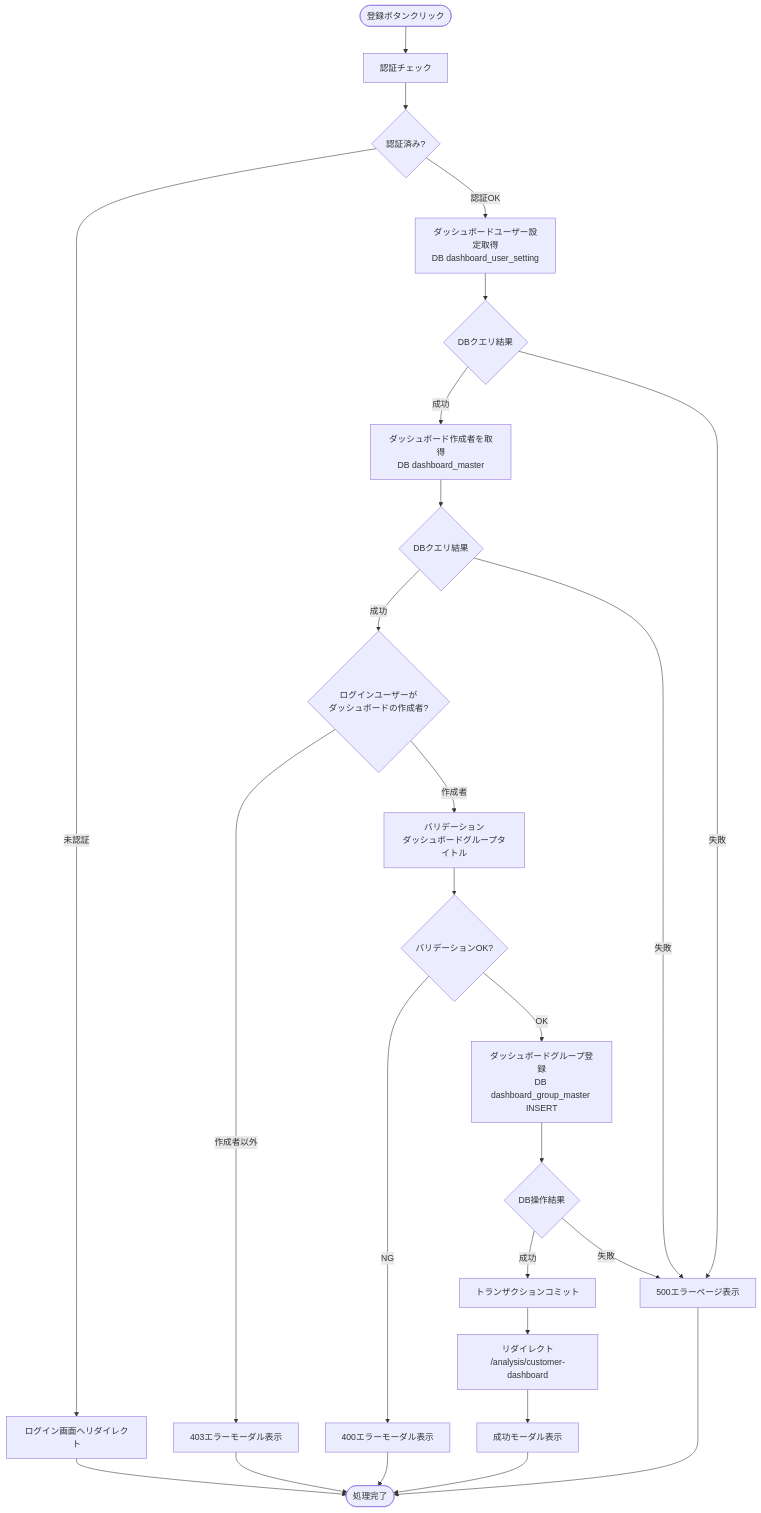
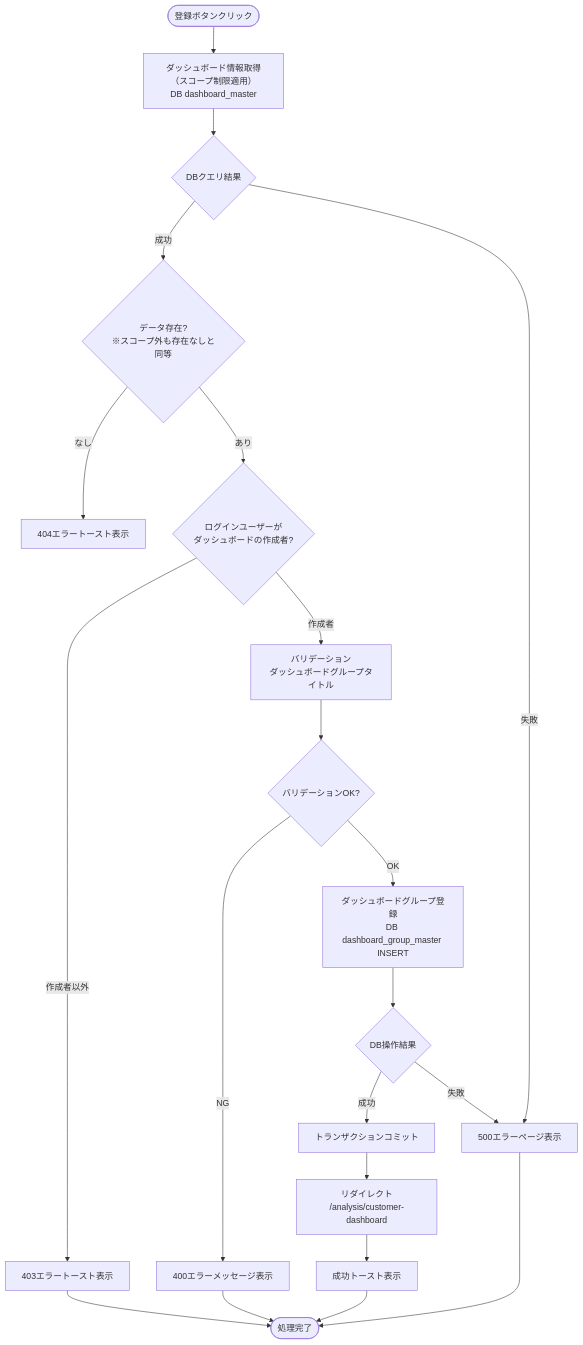
One commit to NSW-SVCP-AIWG002/Databricks-IoT changed the seventh of 17 diagrams in docs/03-features/flask-app/customer-dashboard/common/workflow-specification.md. Above: the diagram before and after it, drawn with Mermaid. The commit also changed other lines of this file and 3 other files, not shown here.

````diff
--- a/docs/03-features/flask-app/customer-dashboard/common/workflow-specification.md
+++ b/docs/03-features/flask-app/customer-dashboard/common/workflow-specification.md
@@ -1309,35 +1540,29 @@
 ```mermaid
 flowchart TD
-    Start([登録ボタンクリック]) --> Auth[認証チェック]
-    Auth --> CheckAuth{認証済み?}
-    CheckAuth -->|未認証| LoginRedirect[ログイン画面へリダイレクト]
-    CheckAuth -->|認証OK| UserSettingQuery[ダッシュボードユーザー設定取得<br>DB dashboard_user_setting]
+    Start([登録ボタンクリック]) --> DashboardQuery[ダッシュボード情報取得（スコープ制限適用）<br>DB dashboard_master]
+    DashboardQuery --> CheckDashboardQuery{DBクエリ結果}
+    CheckDashboardQuery -->|成功| CheckDashboard{データ存在?<br>※スコープ外も存在なしと同等}
+    CheckDashboardQuery -->|失敗| Error500[500エラーページ表示]
 
-    UserSettingQuery --> CheckUserSettingQuery{DBクエリ結果}
-    CheckUserSettingQuery -->|成功| DashboardQuery[ダッシュボード作成者を取得<br>DB dashboard_master]
-    CheckUserSettingQuery -->|失敗| Error500[500エラーページ表示]
+    CheckDashboard -->|なし| Error404[404エラートースト表示]
+    CheckDashboard -->|あり| CheckCreator{ログインユーザーが<br>ダッシュボードの作成者?}
 
-    DashboardQuery --> CheckDashboardQuery{DBクエリ結果}
-    CheckDashboardQuery -->|成功| CheckCreator{ログインユーザーが<br>ダッシュボードの作成者?}
-    CheckDashboardQuery -->|失敗| Error500
-
-    CheckCreator -->|作成者以外| Error403[403エラーモーダル表示]
+    CheckCreator -->|作成者以外| Error403[403エラートースト表示]
     CheckCreator -->|作成者| Validate[バリデーション<br>ダッシュボードグループタイトル]
 
     Validate --> CheckValidate{バリデーションOK?}
-    CheckValidate -->|NG| Error400[400エラーモーダル表示]
+    CheckValidate -->|NG| Error400[400エラーメッセージ表示]
     CheckValidate -->|OK| Insert[ダッシュボードグループ登録<br>DB dashboard_group_master INSERT]
 
     Insert --> CheckInsert{DB操作結果}
     CheckInsert -->|成功| Commit[トランザクションコミット]
     CheckInsert -->|失敗| Error500[500エラーページ表示]
 
     Commit --> Redirect[リダイレクト<br>/analysis/customer-dashboard]
-    Redirect --> 200OK[成功モーダル表示]
+    Redirect --> 200OK[成功トースト表示]
 
-    LoginRedirect --> End([処理完了])
-    200OK --> End
+    200OK --> End([処理完了])
     Error400 --> End
     Error403 --> End
     Error500 --> End
 ```
````
